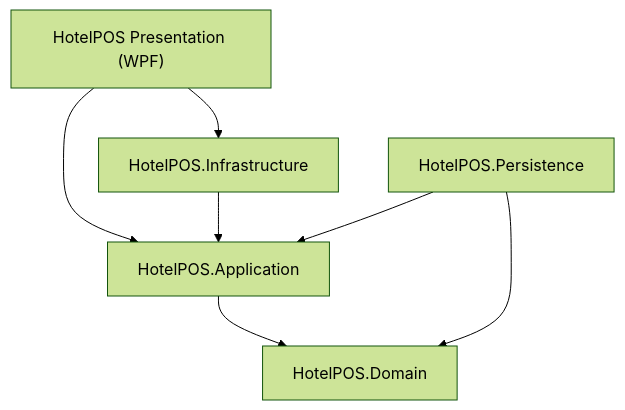
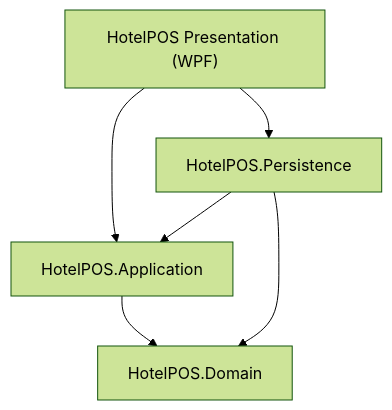
Before and after one commit to subashbos/HotelPOS: the diagram in SystemDesign.md, drawn with Mermaid (forest theme). The commit also changed other lines of this file and 2 other files, not shown here.

````diff
--- a/SystemDesign.md
+++ b/SystemDesign.md
@@ -6,9 +6,8 @@
 ```mermaid
 graph TD
     UI["HotelPOS Presentation (WPF)"] --> App["HotelPOS.Application"]
-    UI --> Infra["HotelPOS.Infrastructure"]
-    Infra --> App
-    Persistence["HotelPOS.Persistence"] --> App
+    UI --> Persistence["HotelPOS.Persistence"]
+    Persistence --> App
     App --> Domain["HotelPOS.Domain"]
     Persistence --> Domain
 ```
````
